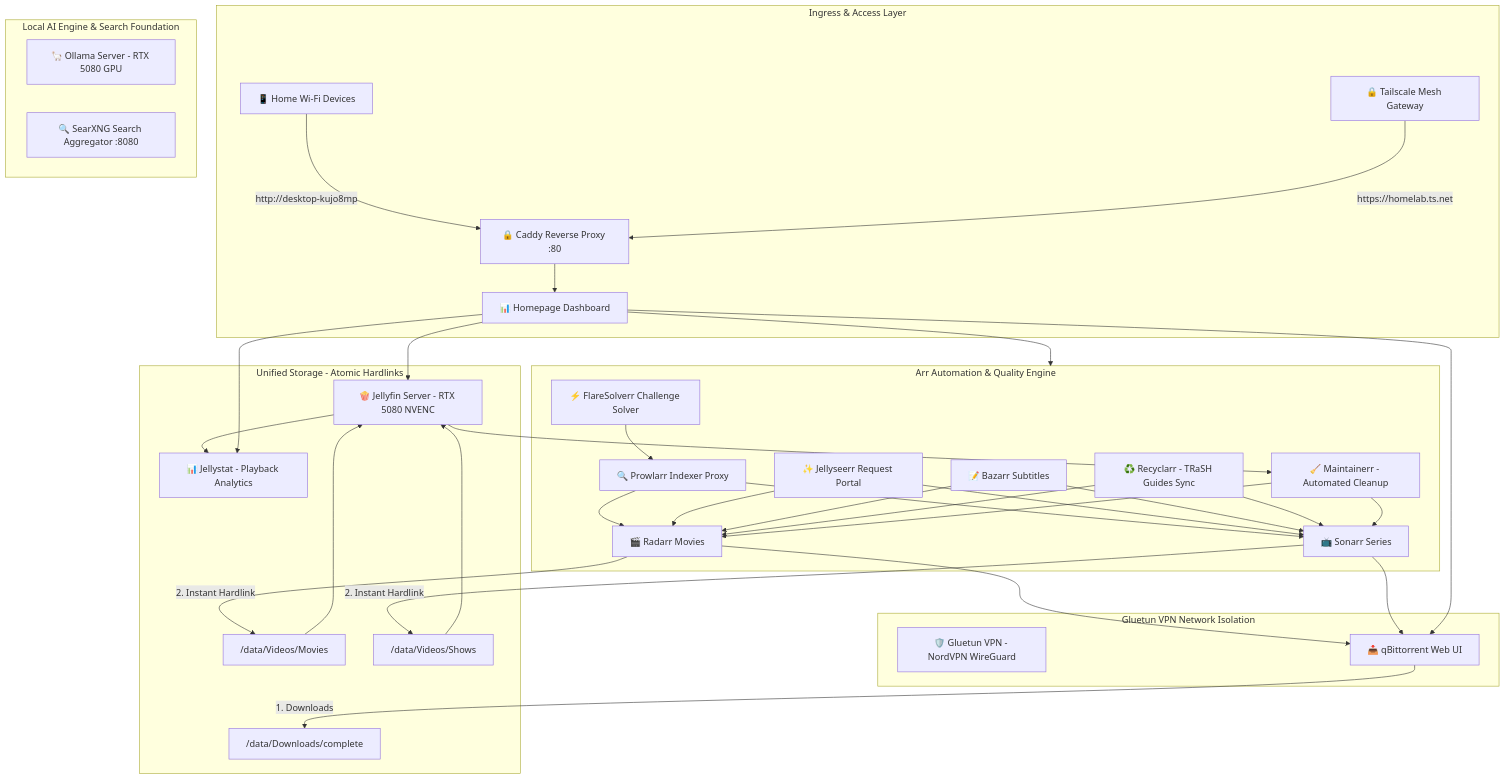
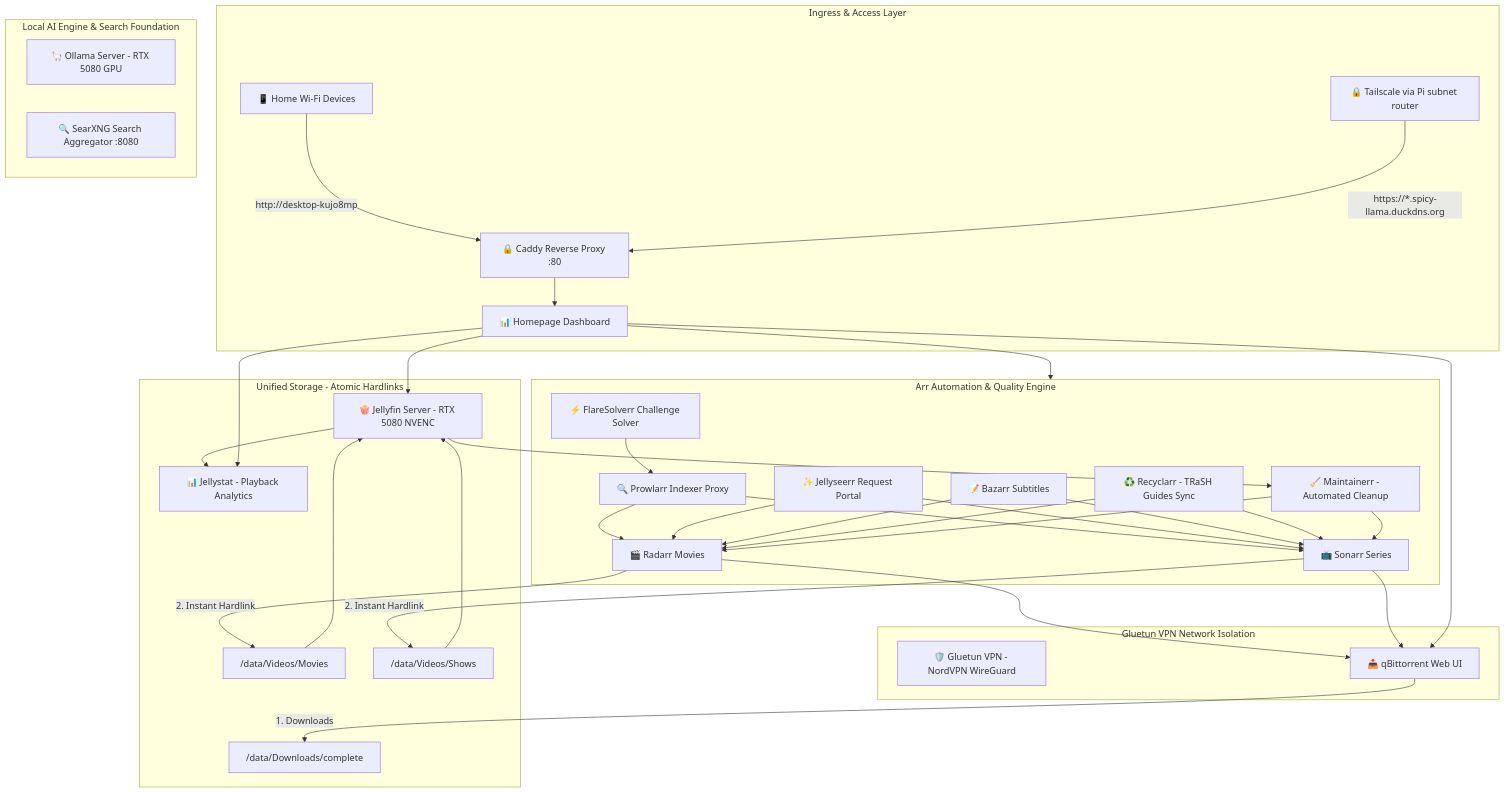
Before and after one commit to Anwera64/homelab: the diagram in README.md, drawn with Mermaid. The commit also changed other lines of this file and 4 other files, not shown here.

````diff
--- a/README.md
+++ b/README.md
@@ -39,40 +39,40 @@
 ```mermaid
 graph TD
     subgraph Ingress [Ingress & Access Layer]
         CLIENTS[📱 Home Wi-Fi Devices] -->|http://desktop-kujo8mp| CADDY[🔒 Caddy Reverse Proxy :80]
-        TAILSCALE[🔒 Tailscale Mesh Gateway] -->|https://homelab.ts.net| CADDY
+        TAILSCALE[🔒 Tailscale via Pi subnet router] -->|https://*.spicy-llama.duckdns.org| CADDY
         CADDY --> HOMEPAGE[📊 Homepage Dashboard]
     end
 
     subgraph AIStack [Local AI Engine & Search Foundation]
         OLLAMA[🦙 Ollama Server - RTX 5080 GPU]
         SEARX[🔍 SearXNG Search Aggregator :8080]
     end
 
     subgraph VPNNet [Gluetun VPN Network Isolation]
         GLUETUN[🛡️ Gluetun VPN - NordVPN WireGuard]
         QBIT[📥 qBittorrent Web UI]
     end
 
     subgraph ArrSuite [Arr Automation & Quality Engine]
         PROW[🔍 Prowlarr Indexer Proxy] --> RAD[🎬 Radarr Movies] & SON[📺 Sonarr Series]
         FLARE[⚡ FlareSolverr Challenge Solver] --> PROW
         SEERR[✨ Jellyseerr Request Portal] --> RAD & SON
         RAD & SON --> QBIT
         BAZ[📝 Bazarr Subtitles] --> RAD & SON
         RECYC[♻️ Recyclarr - TRaSH Guides Sync] --> RAD & SON
         MAINT[🧹 Maintainerr - Automated Cleanup] --> RAD & SON
     end
 
     subgraph MediaStorage [Unified Storage - Atomic Hardlinks]
         QBIT -->|1. Downloads| DOWN["/data/Downloads/complete"]
         RAD -->|2. Instant Hardlink| MOVIES["/data/Videos/Movies"]
         SON -->|2. Instant Hardlink| SHOWS["/data/Videos/Shows"]
         MOVIES --> JELLY[🍿 Jellyfin Server - RTX 5080 NVENC]
         SHOWS --> JELLY
         JELLY --> JSTAT[📊 Jellystat - Playback Analytics]
         JELLY --> MAINT
     end
 
     HOMEPAGE --> ArrSuite & JELLY & QBIT & JSTAT
 ```
````
